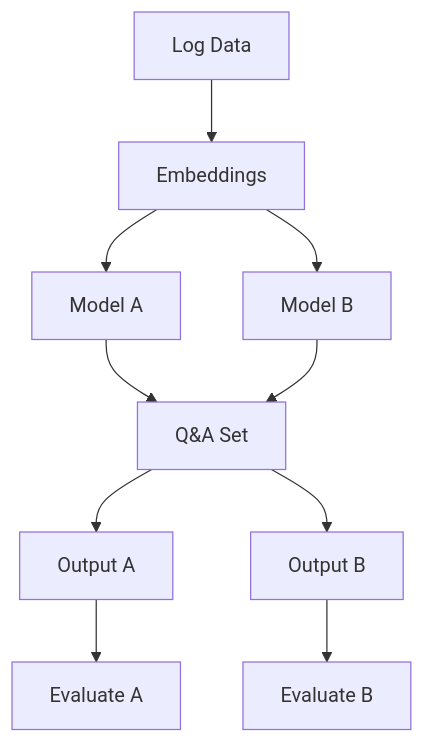
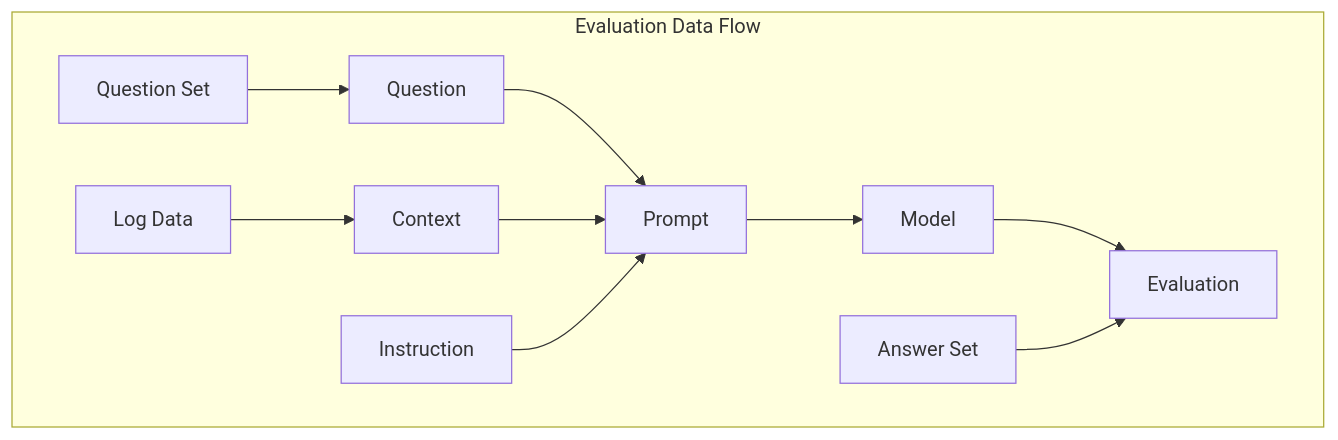
The second of 2 diagrams in docs/proposal.md (JGillette71/SLLIM), drawn with Mermaid before and after one commit. The commit also changed other lines of this file, not shown here.

````diff
--- a/docs/proposal.md
+++ b/docs/proposal.md
@@ -48,12 +70,13 @@
 ```mermaid
 graph TD;
-    A[Log Data] --> B[Embeddings];
-    B --> C[Model A];
-    B --> D[Model B];
-    C --> E[Q&A Set];
-    D --> E
-    E --> F[Output A];
-    E --> G[Output B];
-    F --> H[Evaluate A];
-    G --> I[Evaluate B];
+    subgraph Evaluation Data Flow
+        C[Question Set] --> D[Question];
+        A[Log Data] --> B[Context];
+        D --> E[Prompt];
+        B --> E;
+        F[Instruction] --> E;
+        E[Prompt] --> G[Model];
+        G --> H[Evaluation];
+        I[Answer Set] --> H;
+    end
 ```
````
